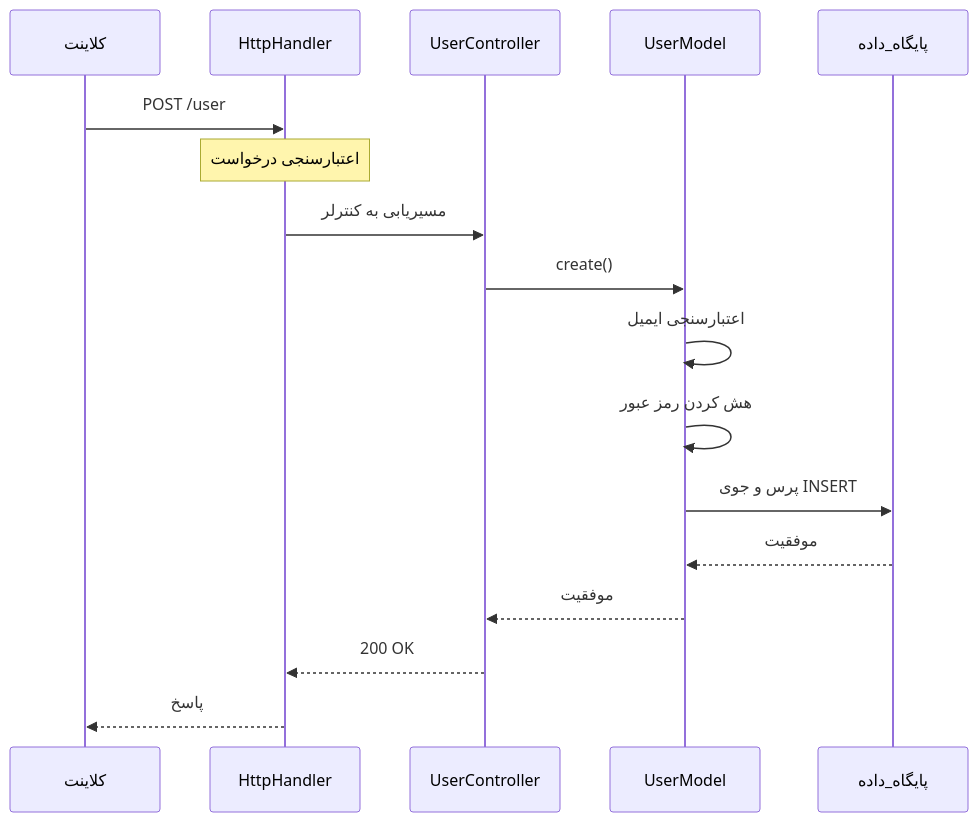
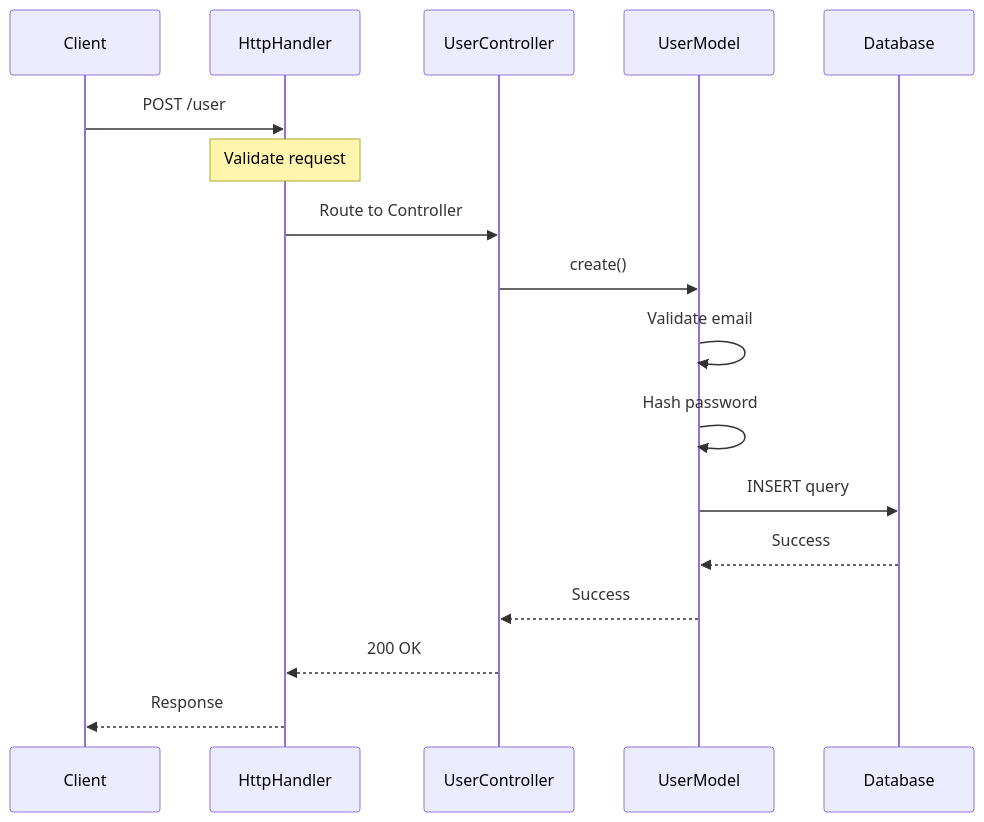
One commit to secure73/MicrosPy changed the second of 4 diagrams in DOCUMENTATION.de.md. Above: the diagram before and after it, drawn with Mermaid. The commit also changed other lines of this file, not shown here.

````diff
--- a/DOCUMENTATION.de.md
+++ b/DOCUMENTATION.de.md
@@ -551,20 +522,20 @@
 ```mermaid
 sequenceDiagram
-    participant کلاینت
+    participant Client
     participant HttpHandler
     participant UserController
     participant UserModel
-    participant پایگاه_داده
+    participant Database
 
-    کلاینت->>HttpHandler: POST /user
-    Note over HttpHandler: اعتبارسنجی درخواست
-    HttpHandler->>UserController: مسیریابی به کنترلر
+    Client->>HttpHandler: POST /user
+    Note over HttpHandler: Validate request
+    HttpHandler->>UserController: Route to Controller
     UserController->>UserModel: create()
-    UserModel->>UserModel: اعتبارسنجی ایمیل
-    UserModel->>UserModel: هش کردن رمز عبور
-    UserModel->>پایگاه_داده: پرس و جوی INSERT
-    پایگاه_داده-->>UserModel: موفقیت
-    UserModel-->>UserController: موفقیت
+    UserModel->>UserModel: Validate email
+    UserModel->>UserModel: Hash password
+    UserModel->>Database: INSERT query
+    Database-->>UserModel: Success
+    UserModel-->>UserController: Success
     UserController-->>HttpHandler: 200 OK
-    HttpHandler-->>کلاینت: پاسخ
+    HttpHandler-->>Client: Response
 ```
````
